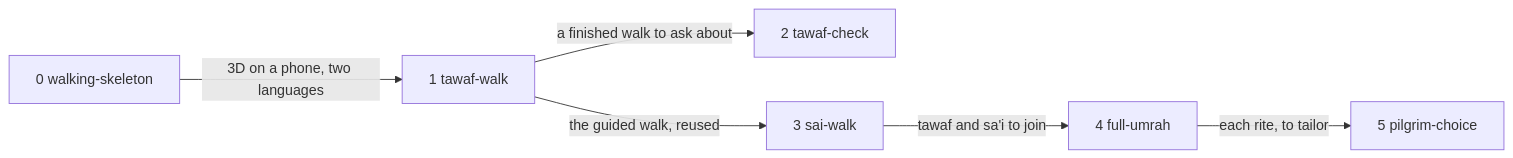
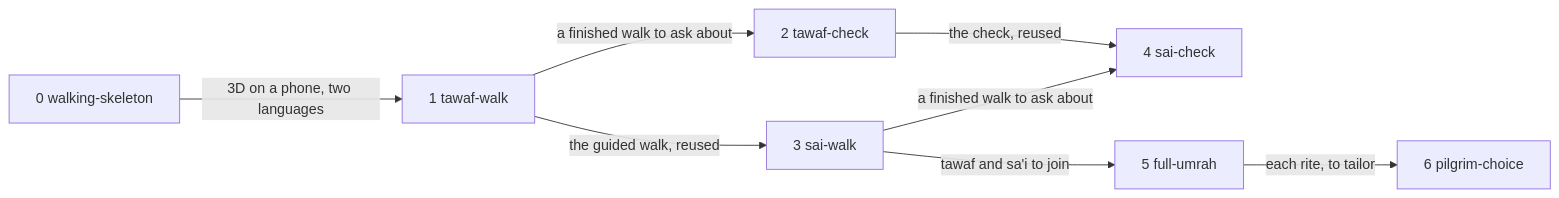
The second of 2 diagrams in docs/specs/virtual-hajj/shape.md (dzaffren/isfar), drawn with Mermaid before and after one commit. The commit also changed other lines of this file and 34 other files, not shown here.

````diff
--- a/docs/specs/virtual-hajj/shape.md
+++ b/docs/specs/virtual-hajj/shape.md
@@ -30,8 +31,10 @@
 ```mermaid
 flowchart LR
     S0[0 walking-skeleton] -->|3D on a phone, two languages| S1[1 tawaf-walk]
     S1 -->|a finished walk to ask about| S2[2 tawaf-check]
     S1 -->|the guided walk, reused| S3[3 sai-walk]
-    S3 -->|tawaf and sa'i to join| S4[4 full-umrah]
-    S4 -->|each rite, to tailor| S5[5 pilgrim-choice]
+    S2 -->|the check, reused| S4[4 sai-check]
+    S3 -->|a finished walk to ask about| S4
+    S3 -->|tawaf and sa'i to join| S5[5 full-umrah]
+    S5 -->|each rite, to tailor| S6[6 pilgrim-choice]
 ```
````
